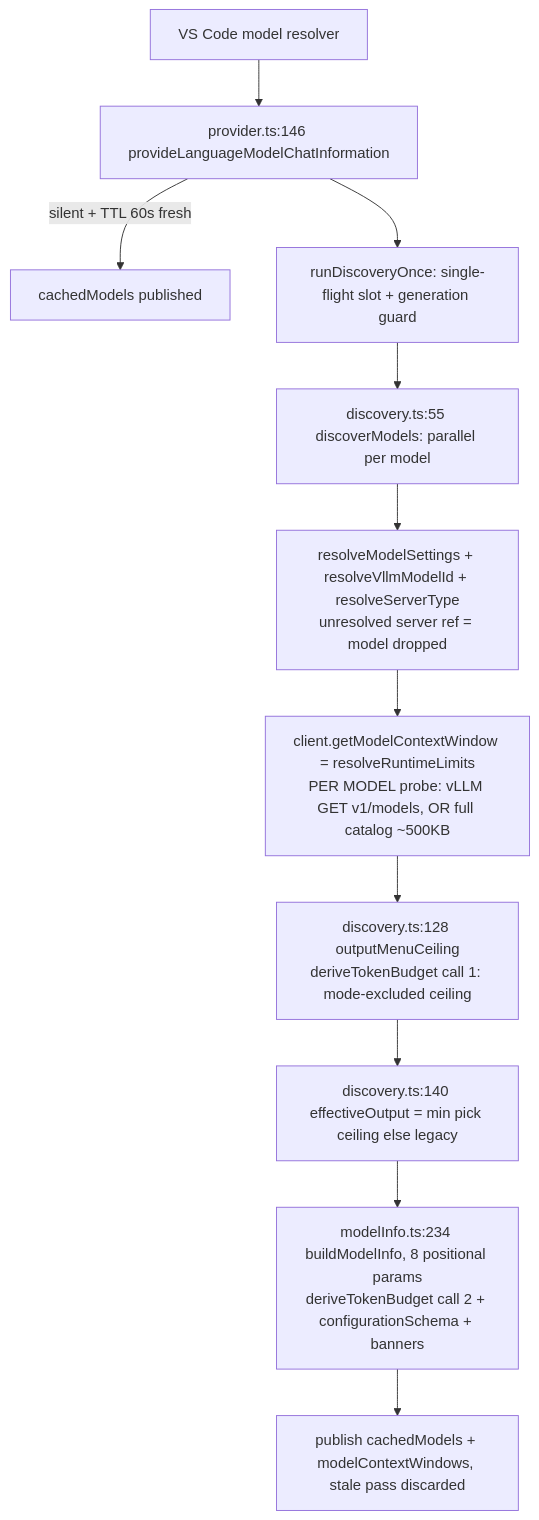
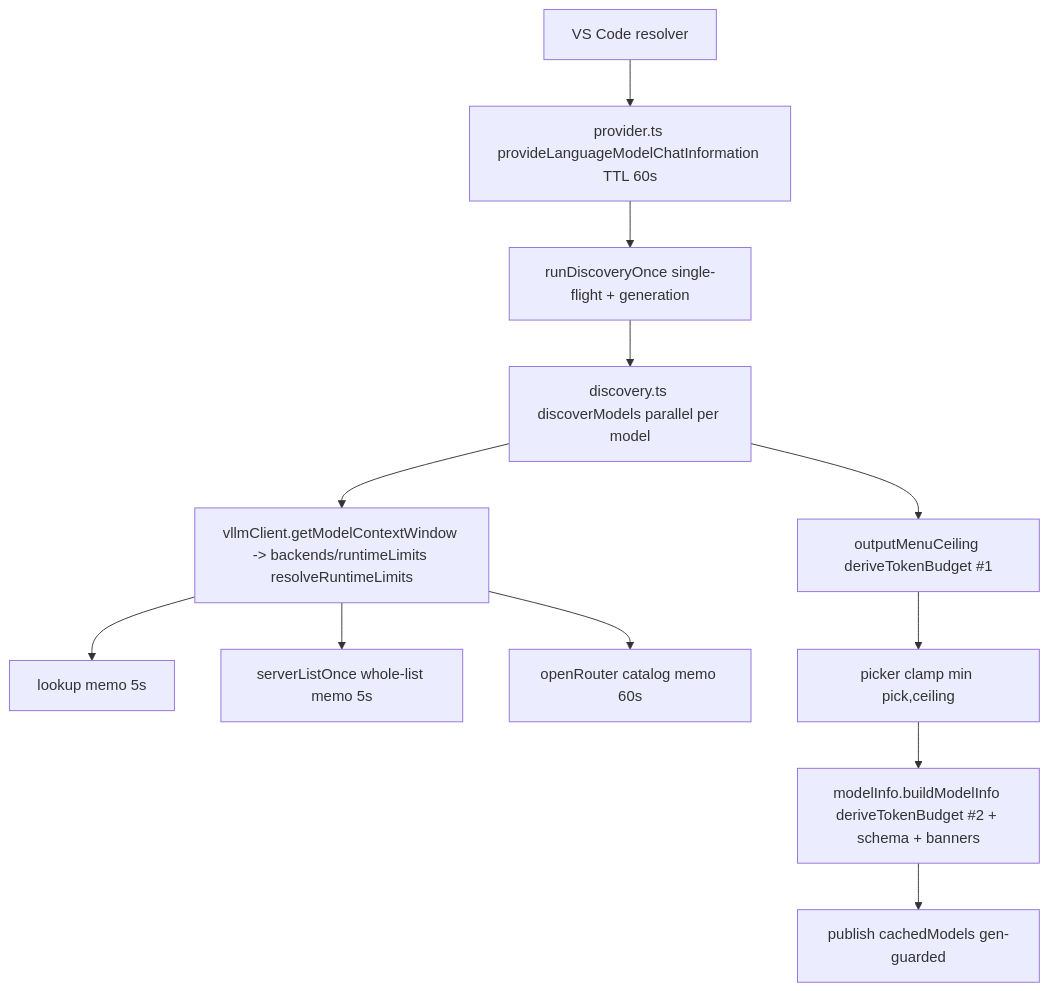
One commit to fuzzifikation/vLLM-Copilot changed the sixth of 18 diagrams in docs/complexity-audit.md. Above: the diagram before and after it, drawn with Mermaid. The commit also changed other lines of this file and 113 other files, not shown here.

````diff
--- a/docs/complexity-audit.md
+++ b/docs/complexity-audit.md
@@ -446,13 +272,14 @@
 ```mermaid
 flowchart TD
-    VS[VS Code model resolver] --> PL[provider.ts:146 provideLanguageModelChatInformation]
-    PL -->|silent + TTL 60s fresh| CAC[cachedModels published]
-    PL --> RDO[runDiscoveryOnce: single-flight slot + generation guard]
-    RDO --> DM[discovery.ts:55 discoverModels: parallel per model]
-    DM --> RS[resolveModelSettings + resolveVllmModelId + resolveServerType<br/>unresolved server ref = model dropped]
-    RS --> CW[client.getModelContextWindow = resolveRuntimeLimits<br/>PER MODEL probe: vLLM GET v1/models, OR full catalog ~500KB]
-    CW --> CE[discovery.ts:128 outputMenuCeiling<br/>deriveTokenBudget call 1: mode-excluded ceiling]
-    CE --> PK[discovery.ts:140 effectiveOutput = min pick ceiling else legacy]
-    PK --> BM[modelInfo.ts:234 buildModelInfo, 8 positional params<br/>deriveTokenBudget call 2 + configurationSchema + banners]
-    BM --> PUB[publish cachedModels + modelContextWindows, stale pass discarded]
+    VS[VS Code resolver] --> PL[provider.ts provideLanguageModelChatInformation TTL 60s]
+    PL --> RDO[runDiscoveryOnce single-flight + generation]
+    RDO --> DM[discovery.ts discoverModels parallel per model]
+    DM --> CW[vllmClient.getModelContextWindow -> backends/runtimeLimits resolveRuntimeLimits]
+    CW --> M1[lookup memo 5s]
+    CW --> M2[serverListOnce whole-list memo 5s]
+    CW --> M3[openRouter catalog memo 60s]
+    DM --> CE[outputMenuCeiling deriveTokenBudget #1]
+    CE --> PK[picker clamp min pick,ceiling]
+    PK --> BM[modelInfo.buildModelInfo deriveTokenBudget #2 + schema + banners]
+    BM --> PUB[publish cachedModels gen-guarded]
 ```
````
